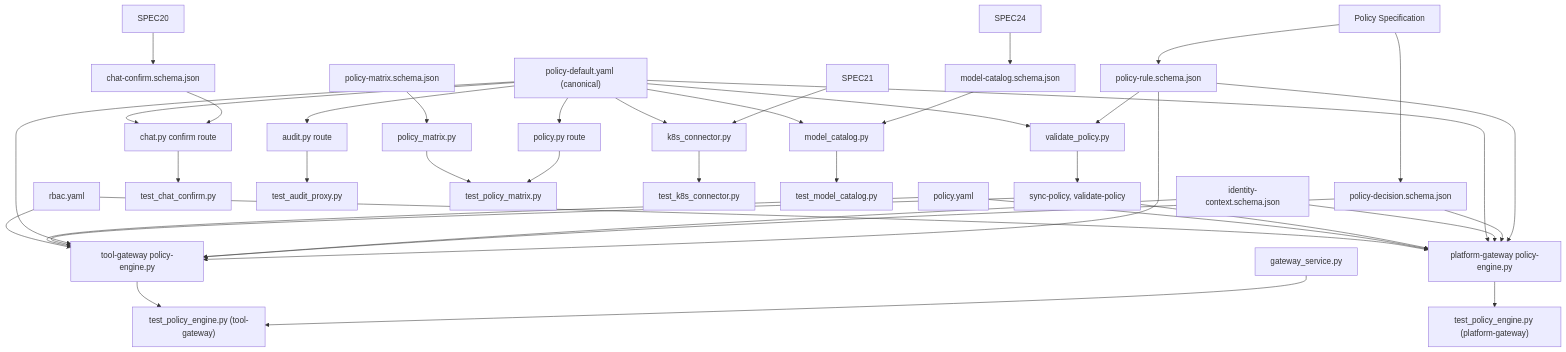
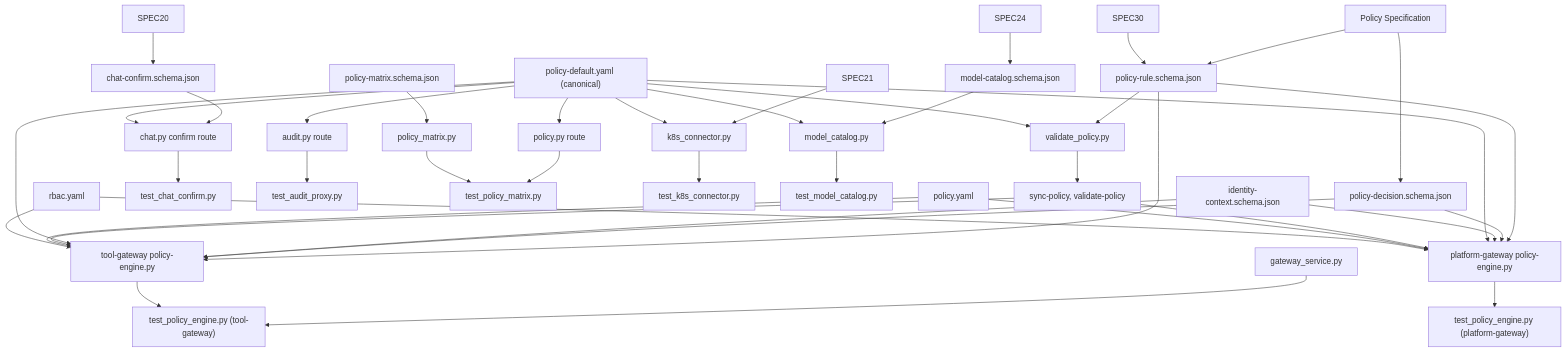
Before and after one commit to metasync/luban-aiops: the fifth of 5 diagrams in .qoder/repowiki/en/content/Policy Management/Policy Management.md, drawn with Mermaid. The commit also changed other lines of this file and 7 other files, not shown here.

````diff
--- a/.qoder/repowiki/en/content/Policy Management/Policy Management.md
+++ b/.qoder/repowiki/en/content/Policy Management/Policy Management.md
@@ -906,70 +1001,71 @@
 ```mermaid
 graph TB
 POLICY_SPEC["Policy Specification"]
 RULE_SCHEMA["policy-rule.schema.json"]
 DECISION_SCHEMA["policy-decision.schema.json"]
 IDENTITY_SCHEMA["identity-context.schema.json"]
 MATRIX_SCHEMA["policy-matrix.schema.json"]
 CONFIRM_SCHEMA["chat-confirm.schema.json"]
 MODEL_SCHEMA["model-catalog.schema.json"]
 ENGINE_TOOL["tool-gateway policy-engine.py"]
 ENGINE_PLATFORM["platform-gateway policy-engine.py"]
 GATEWAY_SERVICE["gateway_service.py"]
 MATRIX_ENGINE["policy_matrix.py"]
 CHAT_ROUTE["chat.py confirm route"]
 K8S_CONNECTOR["k8s_connector.py"]
 MODEL_CATALOG["model_catalog.py"]
 DEFAULT_YAML["policy-default.yaml (canonical)"]
 TEST_TOOL["test_policy_engine.py (tool-gateway)"]
 TEST_PLATFORM["test_policy_engine.py (platform-gateway)"]
 TEST_CHAT["test_chat_confirm.py"]
 TEST_AUDIT["test_audit_proxy.py"]
 TEST_MATRIX["test_policy_matrix.py"]
 TEST_K8S["test_k8s_connector.py"]
 TEST_MODEL["test_model_catalog.py"]
 K8S_POLICY["policy.yaml"]
 K8S_RBAC["rbac.yaml"]
 VALIDATE_SCRIPT["validate_policy.py"]
 MAKEFILE_TARGETS["sync-policy, validate-policy"]
 AUDIT_ROUTE["audit.py route"]
 POLICY_ROUTE["policy.py route"]
 POLICY_SPEC --> RULE_SCHEMA
 POLICY_SPEC --> DECISION_SCHEMA
 SPEC20 --> CONFIRM_SCHEMA
 SPEC21 --> K8S_CONNECTOR
+SPEC30 --> RULE_SCHEMA
 SPEC24 --> MODEL_SCHEMA
 RULE_SCHEMA --> ENGINE_TOOL
 RULE_SCHEMA --> ENGINE_PLATFORM
 RULE_SCHEMA --> VALIDATE_SCRIPT
 DECISION_SCHEMA --> ENGINE_TOOL
 DECISION_SCHEMA --> ENGINE_PLATFORM
 IDENTITY_SCHEMA --> ENGINE_TOOL
 IDENTITY_SCHEMA --> ENGINE_PLATFORM
 MATRIX_SCHEMA --> MATRIX_ENGINE
 CONFIRM_SCHEMA --> CHAT_ROUTE
 MODEL_SCHEMA --> MODEL_CATALOG
 DEFAULT_YAML --> VALIDATE_SCRIPT
 DEFAULT_YAML --> ENGINE_TOOL
 DEFAULT_YAML --> ENGINE_PLATFORM
 DEFAULT_YAML --> AUDIT_ROUTE
 DEFAULT_YAML --> POLICY_ROUTE
 DEFAULT_YAML --> CHAT_ROUTE
 DEFAULT_YAML --> K8S_CONNECTOR
 DEFAULT_YAML --> MODEL_CATALOG
 VALIDATE_SCRIPT --> MAKEFILE_TARGETS
 MAKEFILE_TARGETS --> ENGINE_TOOL
 MAKEFILE_TARGETS --> ENGINE_PLATFORM
 GATEWAY_SERVICE --> TEST_TOOL
 K8S_CONNECTOR --> TEST_K8S
 ENGINE_TOOL --> TEST_TOOL
 ENGINE_PLATFORM --> TEST_PLATFORM
 CHAT_ROUTE --> TEST_CHAT
 AUDIT_ROUTE --> TEST_AUDIT
 POLICY_ROUTE --> TEST_MATRIX
 MATRIX_ENGINE --> TEST_MATRIX
 MODEL_CATALOG --> TEST_MODEL
 K8S_POLICY --> ENGINE_TOOL
 K8S_POLICY --> ENGINE_PLATFORM
 K8S_RBAC --> ENGINE_TOOL
 K8S_RBAC --> ENGINE_PLATFORM
 ```
````
